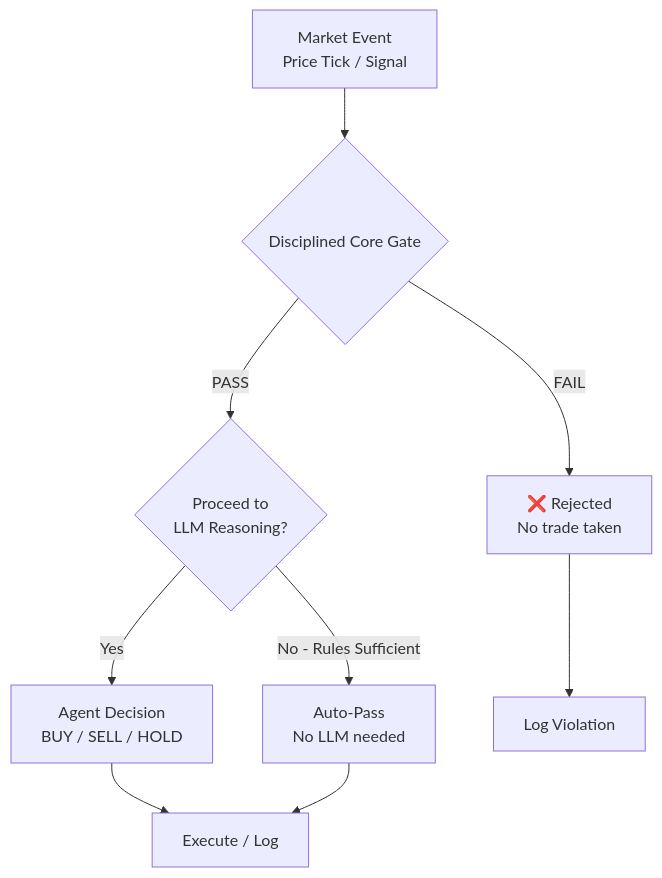
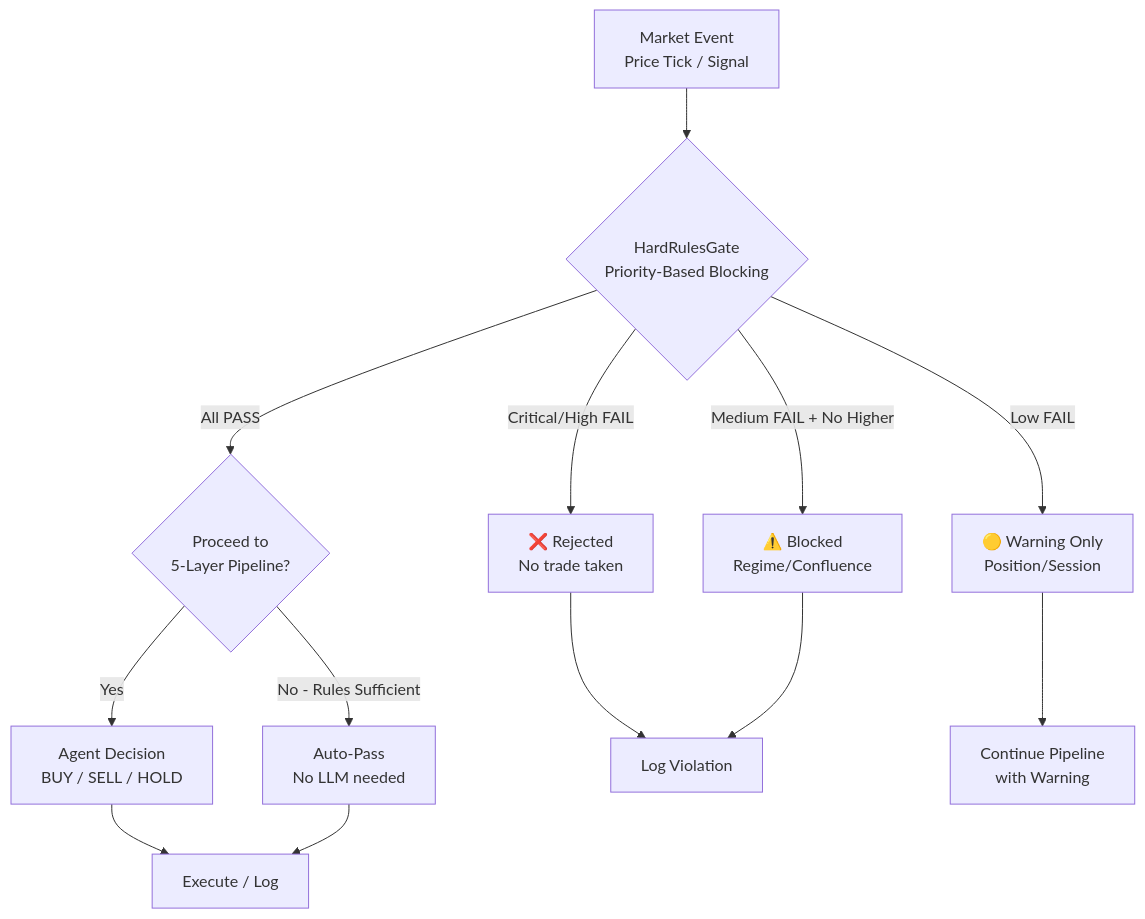
Before and after one commit to craaraju-ctrl/Tredo: the first of 7 diagrams in docs/DISCIPLINED_CORE.md, drawn with Mermaid. The commit also changed other lines of this file and 39 other files, not shown here.

First line of the commit message:
feat: 5-layer adversarial pipeline, new TUI tabs, broker panels, and expanded tests

````diff
--- a/docs/DISCIPLINED_CORE.md
+++ b/docs/DISCIPLINED_CORE.md
@@ -5,11 +5,15 @@
 ```mermaid
 flowchart TB
-    INPUT[Market Event\nPrice Tick / Signal] --> GATE{Disciplined Core Gate}
-    GATE -->|FAIL| REJECT[❌ Rejected\nNo trade taken]
-    GATE -->|PASS| LLM{Proceed to\nLLM Reasoning?}
+    INPUT[Market Event\nPrice Tick / Signal] --> GATE{HardRulesGate\nPriority-Based Blocking}
+    GATE -->|Critical/High FAIL| REJECT[❌ Rejected\nNo trade taken]
+    GATE -->|Medium FAIL + No Higher| MED_BLOCK[⚠️ Blocked\nRegime/Confluence]
+    GATE -->|Low FAIL| WARN[🟡 Warning Only\nPosition/Session]
+    GATE -->|All PASS| LLM{Proceed to\n5-Layer Pipeline?}
     LLM -->|Yes| AGENT[Agent Decision\nBUY / SELL / HOLD]
     LLM -->|No - Rules Sufficient| AUTO[Auto-Pass\nNo LLM needed]
     REJECT --> LOG[Log Violation]
+    MED_BLOCK --> LOG
+    WARN --> PIPELINE[Continue Pipeline\nwith Warning]
     AGENT --> EXEC[Execute / Log]
     AUTO --> EXEC
 ```
````
